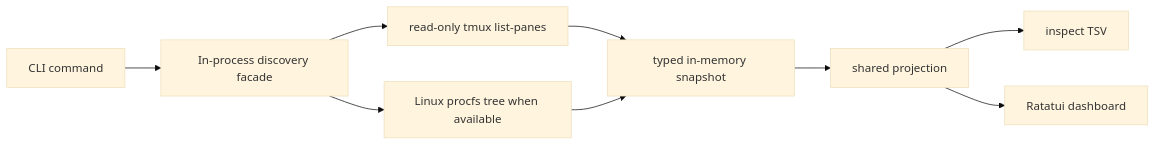
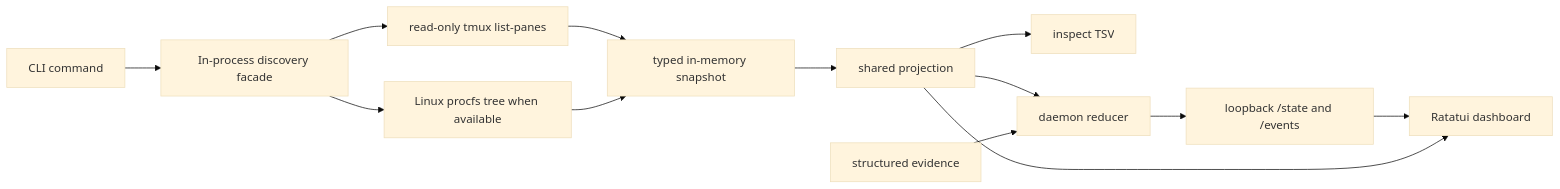
Before and after one commit to TheZero0-ctrl/agentmux: the first of 3 diagrams in docs/architecture.md, drawn with Mermaid (base theme). The commit also changed other lines of this file and 41 other files, not shown here.

Commit message:
Add daemon-backed agent dashboard

````diff
--- a/docs/architecture.md
+++ b/docs/architecture.md
@@ -30,11 +25,15 @@
 ```mermaid
 flowchart LR
   A[CLI command] --> B[In-process discovery facade]
   B --> C[read-only tmux list-panes]
   B --> D[Linux procfs tree when available]
   C --> E[typed in-memory snapshot]
   D --> E
   E --> F[shared projection]
   F --> G[inspect TSV]
-  F --> H[Ratatui dashboard]
+  F --> I[daemon reducer]
+  J[structured evidence] --> I
+  I --> K[loopback /state and /events]
+  K --> H[Ratatui dashboard]
+  F --> H
 ```
````
